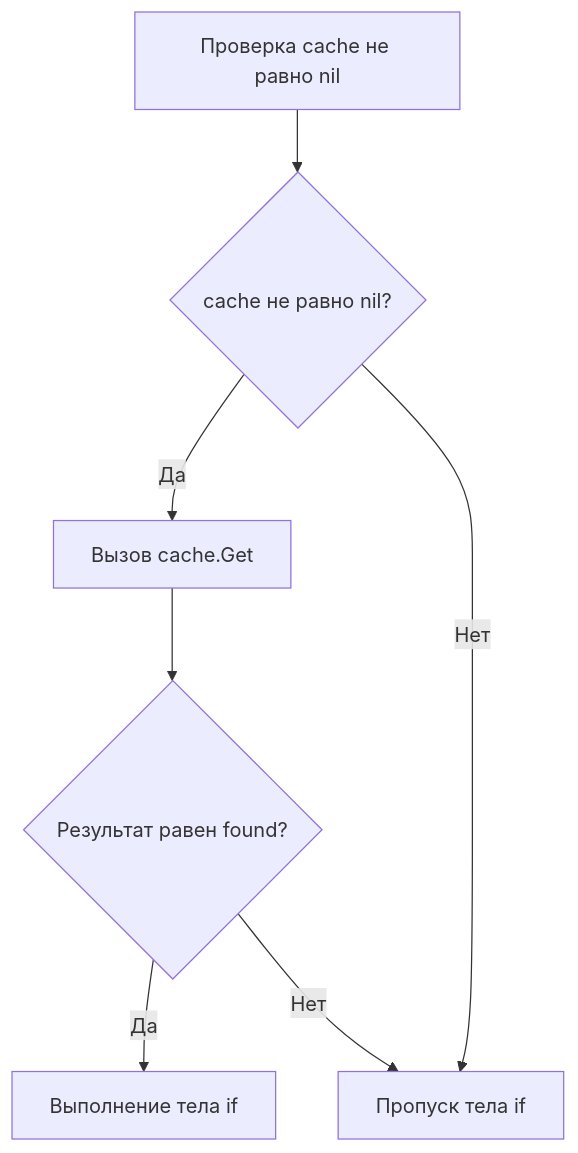
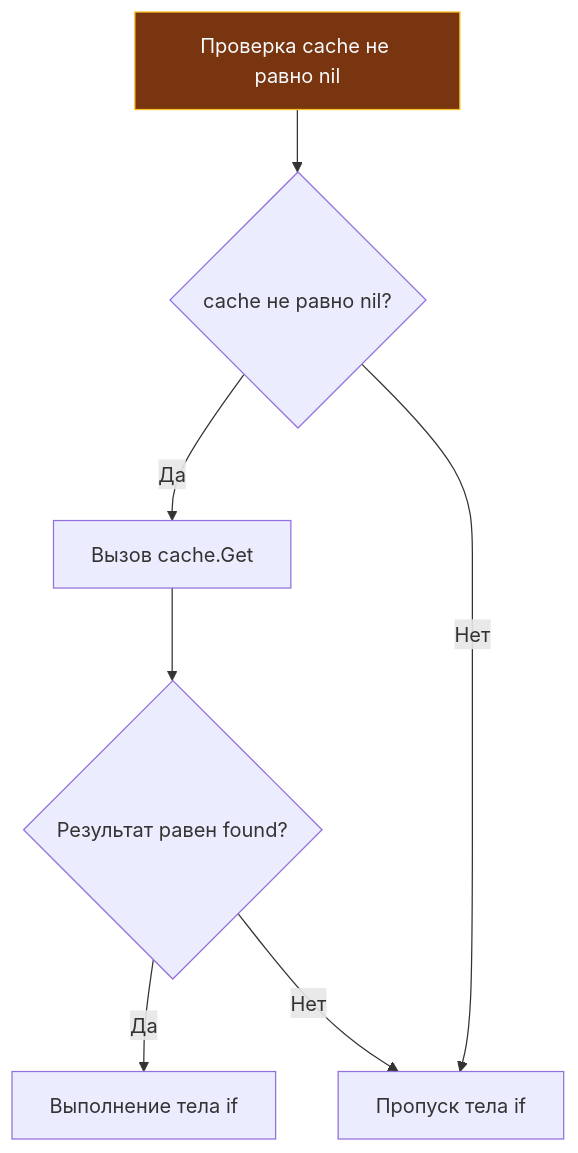
The diagram in sources/5. Учебник по Go (Основы и синтаксис)/8. Операторы и выражения.md (UnrealTemplier/go-textbook), drawn with Mermaid before and after one commit. The commit also changed 1666 other files, not shown here.

First line of the commit message:
feat(mermaid): add semantic color classDef to 1369 colorless flowchart/graph diagrams

````diff
--- a/sources/5. Учебник по Go (Основы и синтаксис)/8. Операторы и выражения.md
+++ b/sources/5. Учебник по Go (Основы и синтаксис)/8. Операторы и выражения.md
@@ -111,9 +111,19 @@
 ```mermaid
 flowchart TD
-    EvalA["Проверка cache не равно nil"] --> CheckA{"cache не равно nil?"}
+    classDef process  fill:#1e293b,stroke:#38bdf8,stroke-width:1px,color:#f8fafc
+    classDef success  fill:#064e3b,stroke:#34d399,stroke-width:1px,color:#f8fafc
+    classDef error    fill:#7f1d1d,stroke:#f87171,stroke-width:1px,color:#f8fafc
+    classDef warning  fill:#78350f,stroke:#fbbf24,stroke-width:1px,color:#f8fafc
+    classDef entry    fill:#1e3a5f,stroke:#38bdf8,stroke-width:2px,color:#f8fafc
+    classDef aux      fill:#334155,stroke:#64748b,stroke-width:1px,color:#f8fafc
+    classDef system   fill:#312e81,stroke:#a78bfa,stroke-width:1px,color:#f8fafc
+    classDef data     fill:#132d29,stroke:#2dd4bf,stroke-width:1px,color:#f8fafc
+    classDef network  fill:#881337,stroke:#fb7185,stroke-width:1px,color:#f8fafc
+    classDef accent   fill:#1e1b4b,stroke:#818cf8,stroke-width:1px,color:#f8fafc
+    EvalA["Проверка cache не равно nil"]:::warning --> CheckA{"cache не равно nil?"}
     CheckA -->|"Да"| EvalB["Вызов cache.Get"]
     CheckA -->|"Нет"| FalseBranch["Пропуск тела if"]
     EvalB --> CheckB{"Результат равен found?"}
     CheckB -->|"Да"| TrueBranch["Выполнение тела if"]
     CheckB -->|"Нет"| FalseBranch
 ```
````
